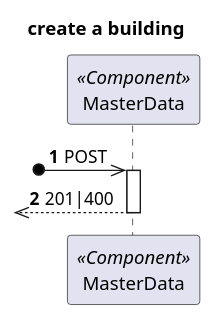
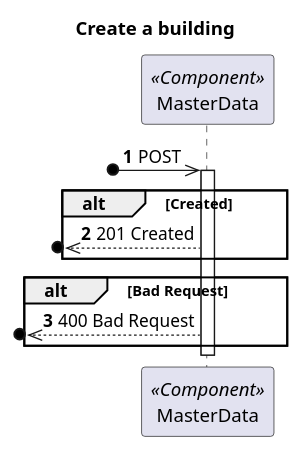
One commit to 1210910/lapr5 changed the diagram in docs/Vista Processo/US150/ProcessView_Level2_US150.puml. Above: the diagram before and after it, drawn with PlantUML. The commit also changed 14 other files, not shown here.

Commit message:
Update Level 3 Process Diagrams

```diff
--- a/docs/Vista Processo/US150/ProcessView_Level2_US150.puml
+++ b/docs/Vista Processo/US150/ProcessView_Level2_US150.puml
@@ -1,17 +1,23 @@
 @startuml
 'https://plantuml.com/sequence-diagram
 
 autonumber
-
 skinparam packageStyle rect
 
-title create a building
+title Create a building
 
 participant "MasterData" as MD <<Component>>
 
 ?o->> MD : POST
 
 activate MD
-?o<<-- MD : 201|400
+alt Created
+   ?o<<--MD : 201 Created
+end
+alt Bad Request
+   ?o<<--MD : 400 Bad Request
+end
 deactivate MD
+
+
 @enduml
```
